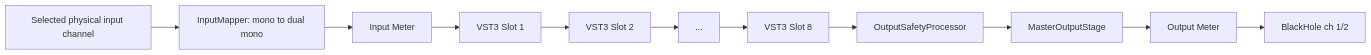
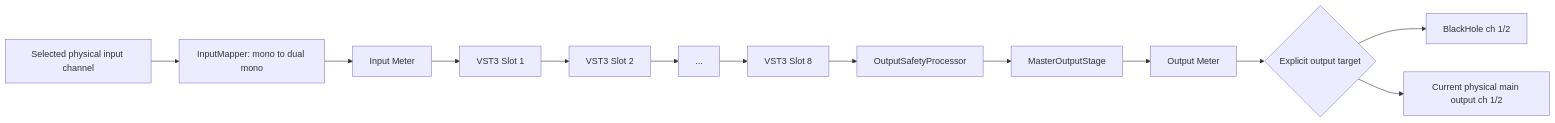
One commit to hokupod/shitate changed the fourth of 5 diagrams in docs/design.md. Above: the diagram before and after it, drawn with Mermaid. The commit also changed other lines of this file and 47 other files, not shown here.

Commit message:
feat(audio): add exclusive system output preview

````diff
--- a/docs/design.md
+++ b/docs/design.md
@@ -467,14 +471,16 @@
 ```mermaid
 flowchart LR
     Input[Selected physical input channel]
     Input --> Mapper[InputMapper: mono to dual mono]
     Mapper --> InMeter[Input Meter]
     InMeter --> S1[VST3 Slot 1]
     S1 --> S2[VST3 Slot 2]
     S2 --> More[...]
     More --> S8[VST3 Slot 8]
     S8 --> Safety[OutputSafetyProcessor]
     Safety --> Master[MasterOutputStage]
     Master --> OutMeter[Output Meter]
-    OutMeter --> BH[BlackHole ch 1/2]
+    OutMeter --> Target{Explicit output target}
+    Target --> BH[BlackHole ch 1/2]
+    Target --> Preview[Current physical main output ch 1/2]
 ```
````
